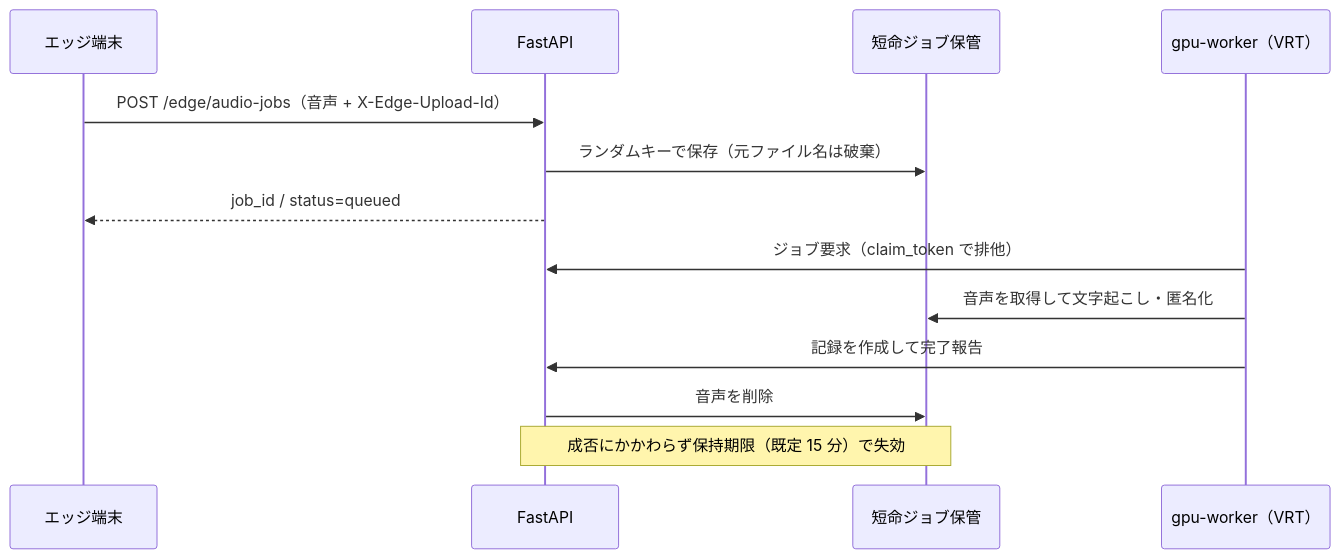
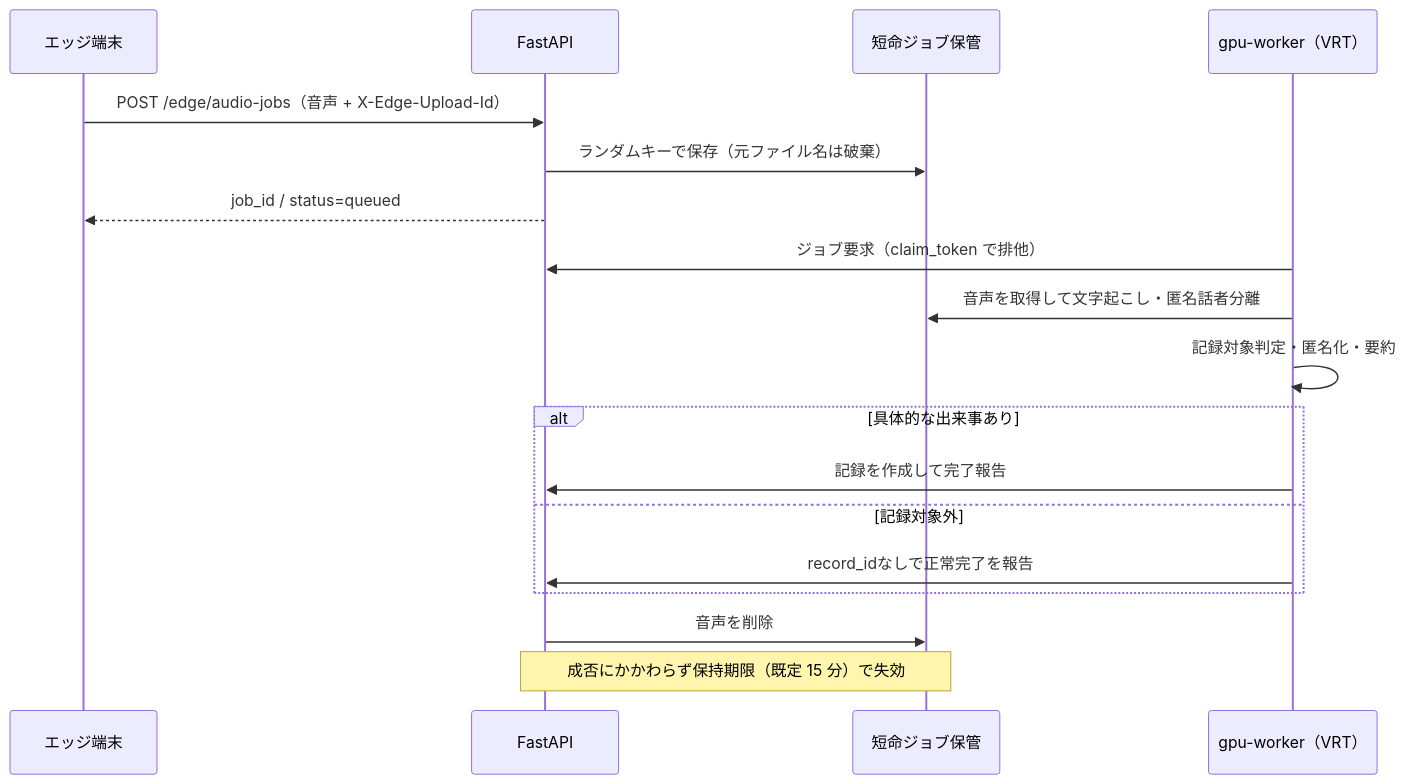
One commit to fuji0567/small-step changed the second of 2 diagrams in docs/architecture/audio-pipeline.md. Above: the diagram before and after it, drawn with Mermaid. The commit also changed other lines of this file and 46 other files, not shown here.

````diff
--- a/docs/architecture/audio-pipeline.md
+++ b/docs/architecture/audio-pipeline.md
@@ -66,16 +69,21 @@
 ```mermaid
 sequenceDiagram
     participant Edge as エッジ端末
     participant API as FastAPI
     participant Store as 短命ジョブ保管
     participant GPU as gpu-worker（VRT）
 
     Edge->>API: POST /edge/audio-jobs（音声 + X-Edge-Upload-Id）
     API->>Store: ランダムキーで保存（元ファイル名は破棄）
     API-->>Edge: job_id / status=queued
     GPU->>API: ジョブ要求（claim_token で排他）
-    GPU->>Store: 音声を取得して文字起こし・匿名化
-    GPU->>API: 記録を作成して完了報告
+    GPU->>Store: 音声を取得して文字起こし・匿名話者分離
+    GPU->>GPU: 記録対象判定・匿名化・要約
+    alt 具体的な出来事あり
+        GPU->>API: 記録を作成して完了報告
+    else 記録対象外
+        GPU->>API: record_idなしで正常完了を報告
+    end
     API->>Store: 音声を削除
     Note over API,Store: 成否にかかわらず保持期限（既定 15 分）で失効
 ```
````
